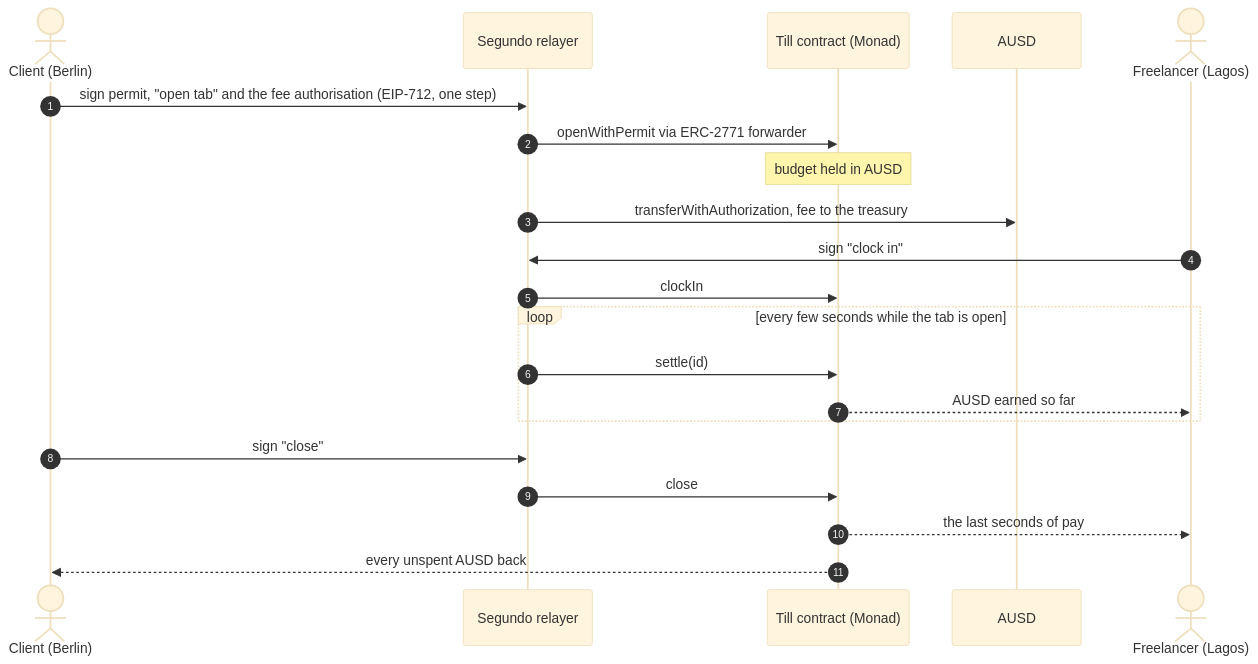
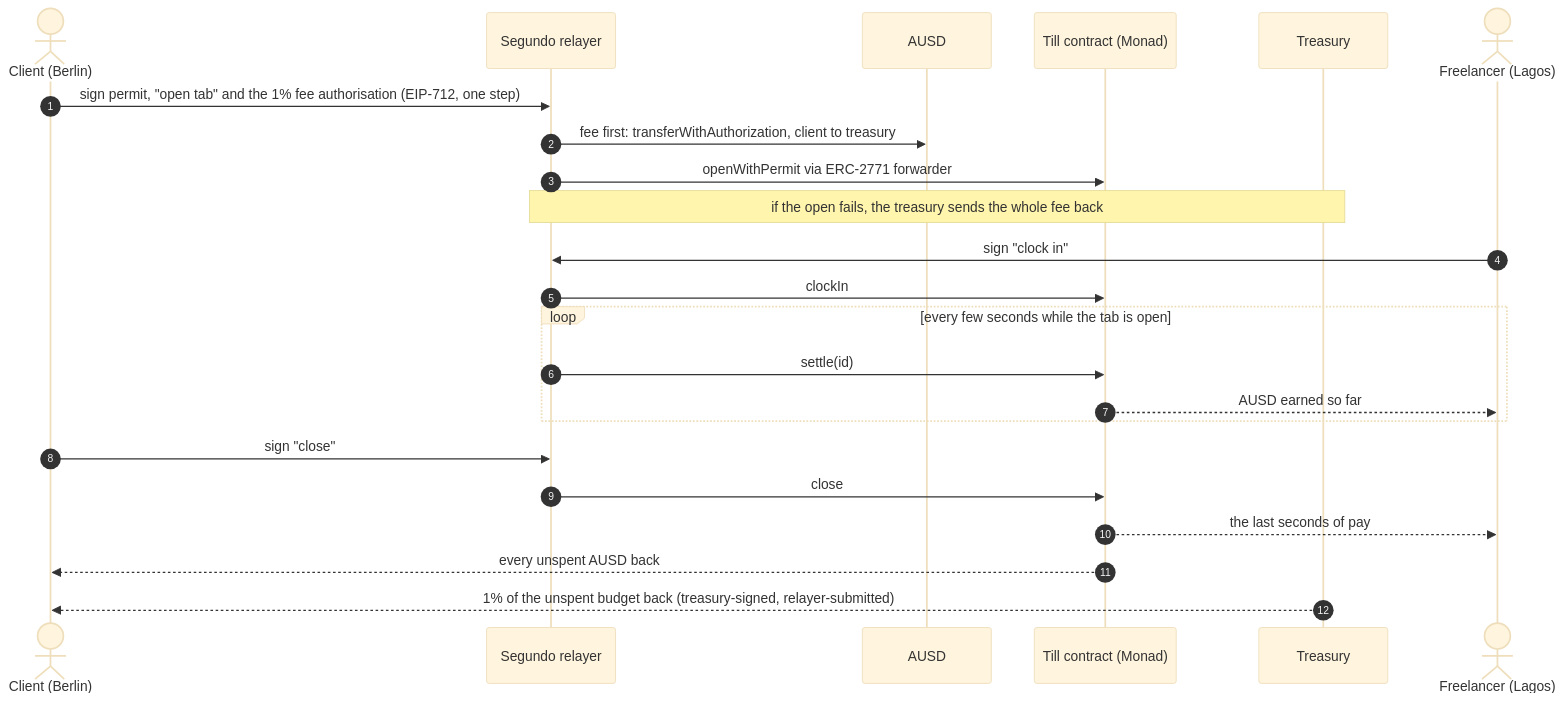
The first of 2 diagrams in README.md (RohanGlitched/segundo), drawn with Mermaid (base theme) before and after one commit. The commit also changed other lines of this file and 16 other files, not shown here.

````diff
--- a/README.md
+++ b/README.md
@@ -52,23 +62,25 @@
 ```mermaid
 sequenceDiagram
     autonumber
     actor C as Client (Berlin)
     participant R as Segundo relayer
+    participant A as AUSD
     participant T as Till contract (Monad)
-    participant A as AUSD
+    participant Y as Treasury
     actor F as Freelancer (Lagos)
-    C->>R: sign permit, "open tab" and the fee authorisation (EIP-712, one step)
+    C->>R: sign permit, "open tab" and the 1% fee authorisation (EIP-712, one step)
+    R->>A: fee first: transferWithAuthorization, client to treasury
     R->>T: openWithPermit via ERC-2771 forwarder
-    Note over T: budget held in AUSD
-    R->>A: transferWithAuthorization, fee to the treasury
+    Note over R,Y: if the open fails, the treasury sends the whole fee back
     F->>R: sign "clock in"
     R->>T: clockIn
     loop every few seconds while the tab is open
         R->>T: settle(id)
         T-->>F: AUSD earned so far
     end
     C->>R: sign "close"
     R->>T: close
     T-->>F: the last seconds of pay
     T-->>C: every unspent AUSD back
+    Y-->>C: 1% of the unspent budget back (treasury-signed, relayer-submitted)
 ```
````
